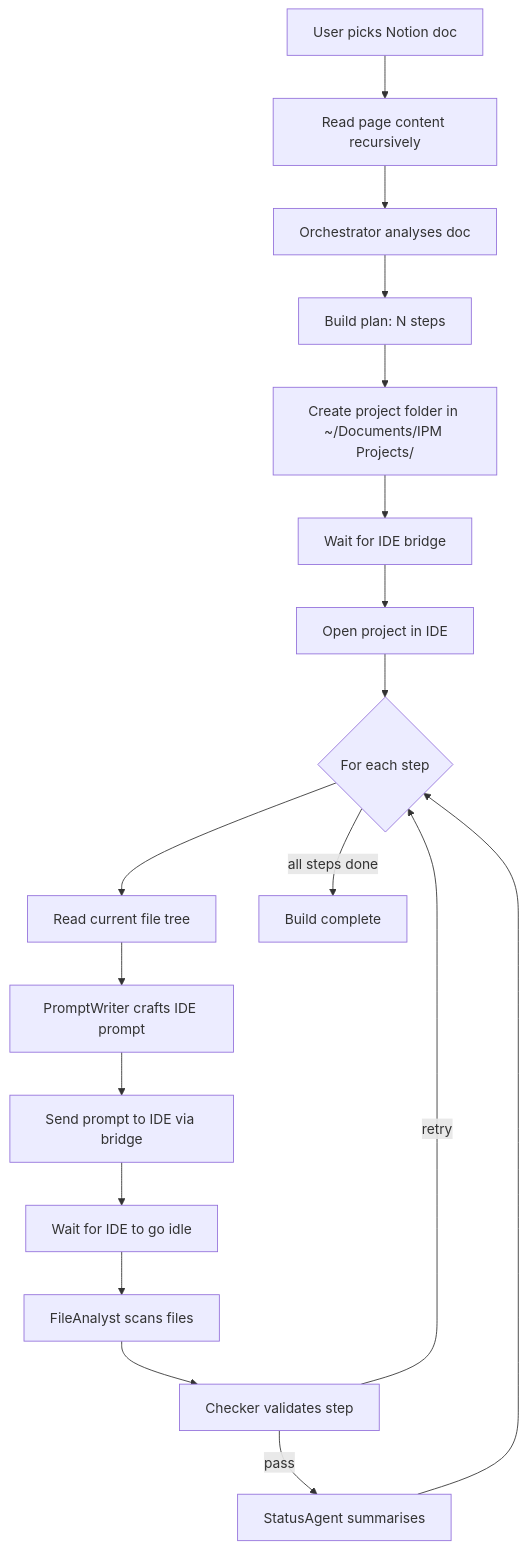
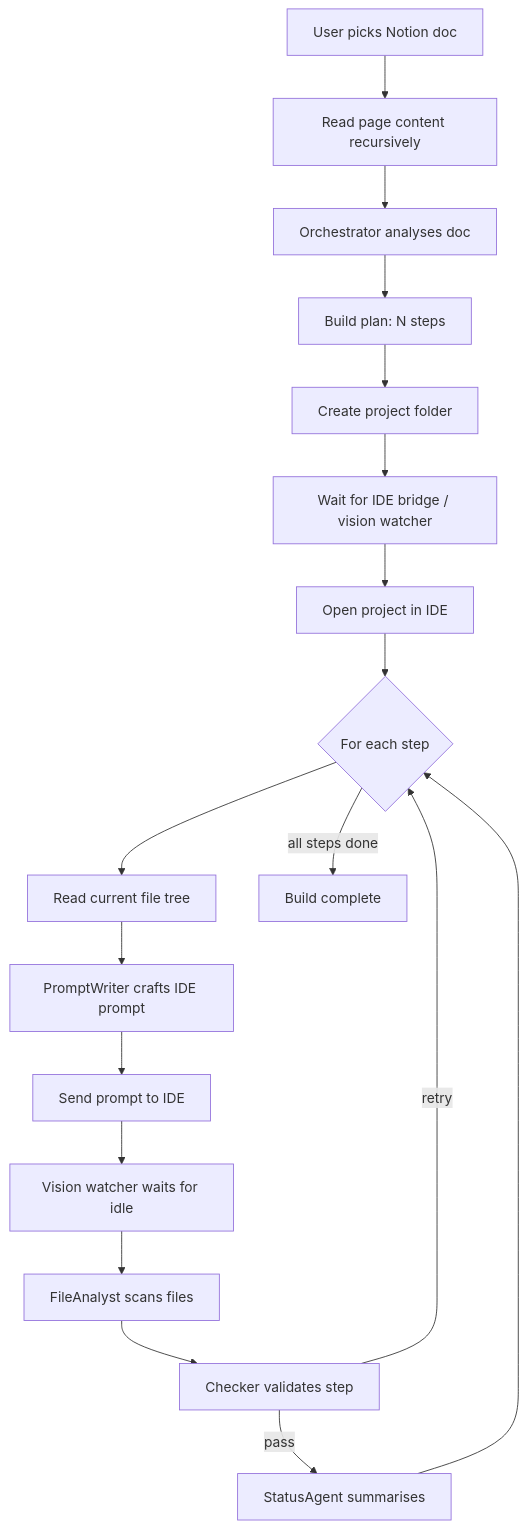
The fourth of 4 diagrams in Readme.md (Shubham-Ramkabir/IPM), drawn with Mermaid before and after one commit. The commit also changed other lines of this file, not shown here.

````diff
--- a/Readme.md
+++ b/Readme.md
@@ -287,20 +264,20 @@
 ```mermaid
 flowchart TD
     A[User picks Notion doc] --> B[Read page content recursively]
     B --> C[Orchestrator analyses doc]
     C --> D[Build plan: N steps]
-    D --> E[Create project folder in ~/Documents/IPM Projects/]
-    E --> F[Wait for IDE bridge]
+    D --> E[Create project folder]
+    E --> F[Wait for IDE bridge / vision watcher]
     F --> G[Open project in IDE]
     G --> H{For each step}
     H --> I[Read current file tree]
     I --> J[PromptWriter crafts IDE prompt]
-    J --> K[Send prompt to IDE via bridge]
-    K --> L[Wait for IDE to go idle]
+    J --> K[Send prompt to IDE]
+    K --> L[Vision watcher waits for idle]
     L --> M[FileAnalyst scans files]
     M --> N[Checker validates step]
     N -->|retry| H
     N -->|pass| O[StatusAgent summarises]
     O --> H
     H -->|all steps done| P[Build complete]
 ```
````
